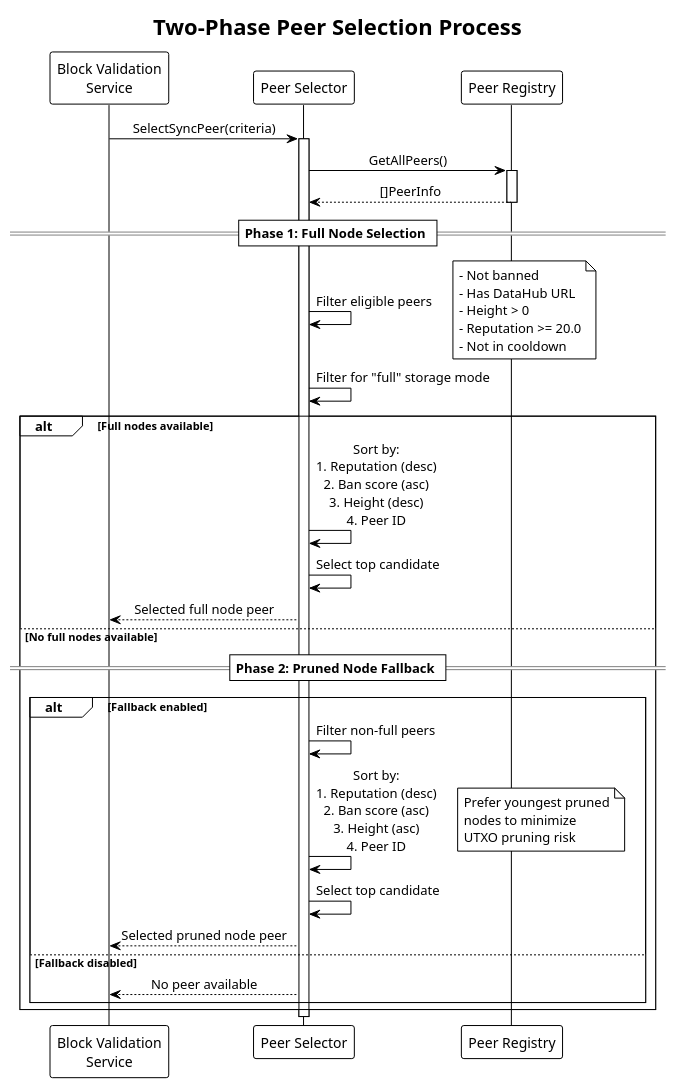
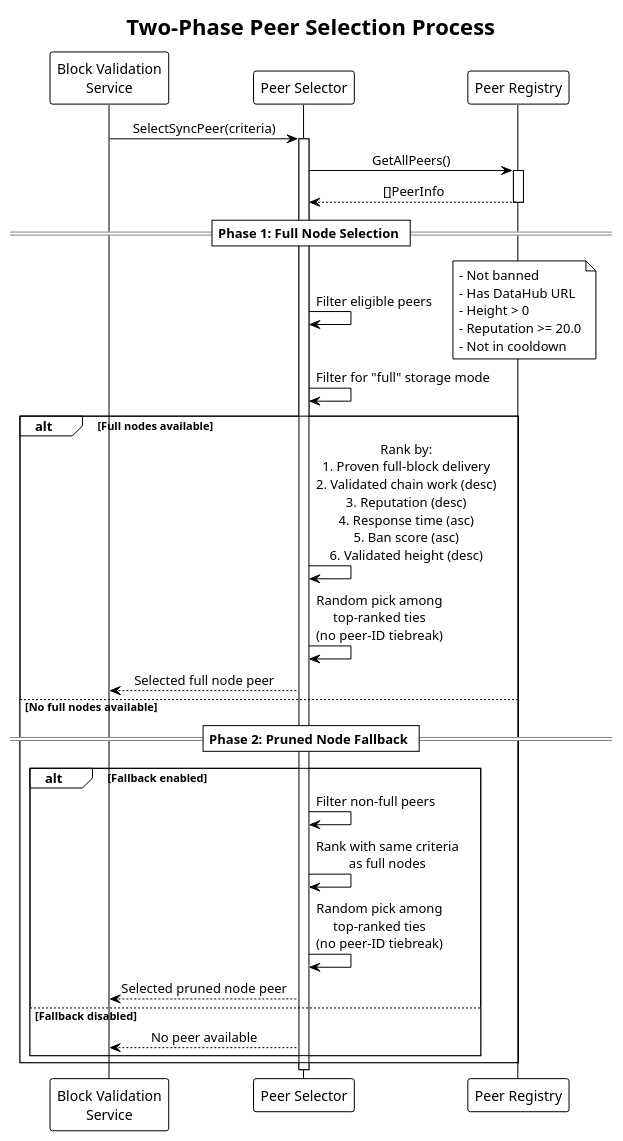
One commit to icellan/teranode changed the diagram in topics/features/img/peer_selection_sequence.puml. Above: the diagram before and after it, drawn with PlantUML. The commit also changed 171 other files, not shown here.

```diff
--- a/topics/features/img/peer_selection_sequence.puml
+++ b/topics/features/img/peer_selection_sequence.puml
@@ -1,58 +1,53 @@
 @startuml peer_selection_sequence
 !theme plain
 skinparam backgroundColor white
 skinparam sequenceMessageAlign center
 
 title Two-Phase Peer Selection Process
 
 participant "Block Validation\nService" as BV
 participant "Peer Selector" as PS
 participant "Peer Registry" as PR
 
 BV -> PS: SelectSyncPeer(criteria)
 activate PS
 
 PS -> PR: GetAllPeers()
 activate PR
 PR --> PS: []PeerInfo
 deactivate PR
 
 == Phase 1: Full Node Selection ==
 
 PS -> PS: Filter eligible peers
 note right
   - Not banned
   - Has DataHub URL
   - Height > 0
   - Reputation >= 20.0
   - Not in cooldown
 end note
 
 PS -> PS: Filter for "full" storage mode
 
 alt Full nodes available
-  PS -> PS: Sort by:\n1. Reputation (desc)\n2. Ban score (asc)\n3. Height (desc)\n4. Peer ID
-  PS -> PS: Select top candidate
+  PS -> PS: Rank by:\n1. Proven full-block delivery\n2. Validated chain work (desc)\n3. Reputation (desc)\n4. Response time (asc)\n5. Ban score (asc)\n6. Validated height (desc)
+  PS -> PS: Random pick among\ntop-ranked ties\n(no peer-ID tiebreak)
   PS --> BV: Selected full node peer
 else No full nodes available
 
   == Phase 2: Pruned Node Fallback ==
 
   alt Fallback enabled
     PS -> PS: Filter non-full peers
-    PS -> PS: Sort by:\n1. Reputation (desc)\n2. Ban score (asc)\n3. Height (asc)\n4. Peer ID
-    note right
-      Prefer youngest pruned
-      nodes to minimize
-      UTXO pruning risk
-    end note
-    PS -> PS: Select top candidate
+    PS -> PS: Rank with same criteria\nas full nodes
+    PS -> PS: Random pick among\ntop-ranked ties\n(no peer-ID tiebreak)
     PS --> BV: Selected pruned node peer
   else Fallback disabled
     PS --> BV: No peer available
   end
 end
 
 deactivate PS
 
 @enduml
```
